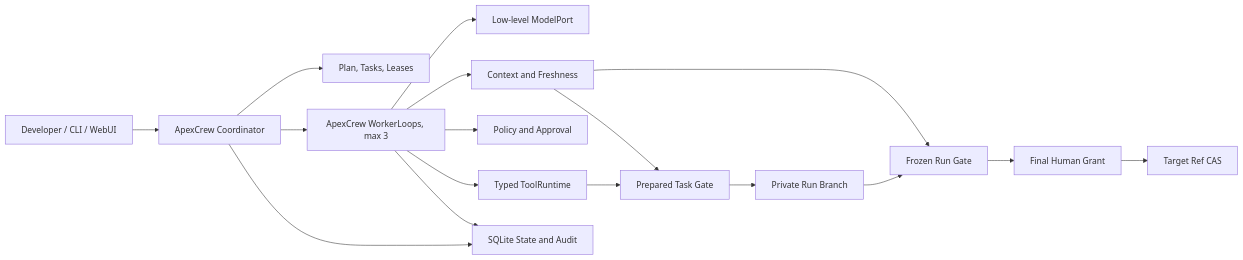
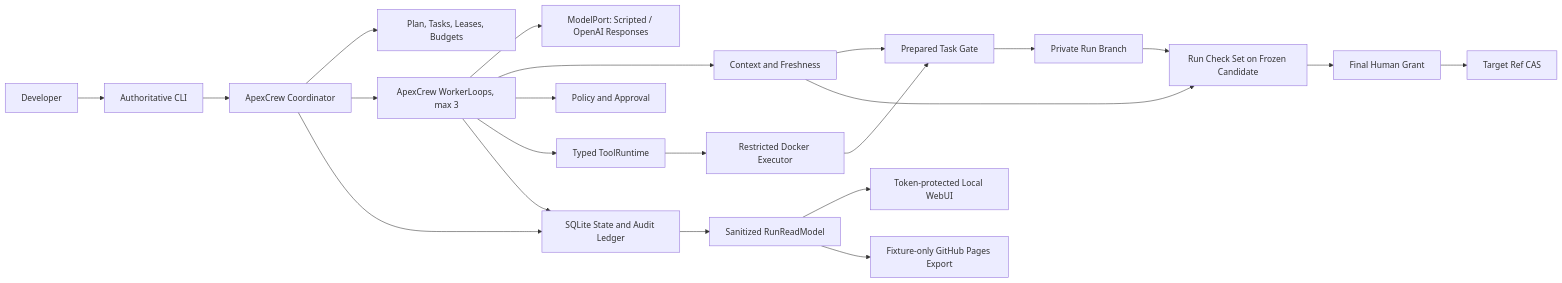
One commit to Ztscream/ApexCrew changed the diagram in SPEC.md. Above: the diagram before and after it, drawn with Mermaid. The commit also changed other lines of this file and 12 other files, not shown here.

````diff
--- a/SPEC.md
+++ b/SPEC.md
@@ -48,19 +49,24 @@
 ```mermaid
 flowchart LR
-    USER["Developer / CLI / WebUI"] --> COORD["ApexCrew Coordinator"]
-    COORD --> BOARD["Plan, Tasks, Leases"]
+    USER["Developer"] --> CLI["Authoritative CLI"]
+    CLI --> COORD["ApexCrew Coordinator"]
+    COORD --> BOARD["Plan, Tasks, Leases, Budgets"]
     COORD --> WORKERS["ApexCrew WorkerLoops, max 3"]
-    WORKERS --> MODEL["Low-level ModelPort"]
+    WORKERS --> MODEL["ModelPort: Scripted / OpenAI Responses"]
     WORKERS --> CONTEXT["Context and Freshness"]
     WORKERS --> POLICY["Policy and Approval"]
     WORKERS --> TOOLS["Typed ToolRuntime"]
-    TOOLS --> TASKGATE["Prepared Task Gate"]
+    TOOLS --> EXEC["Restricted Docker Executor"]
+    EXEC --> TASKGATE["Prepared Task Gate"]
     CONTEXT --> TASKGATE
     TASKGATE --> RUNREF["Private Run Branch"]
-    RUNREF --> RUNGATE["Frozen Run Gate"]
+    RUNREF --> RUNGATE["Run Check Set on Frozen Candidate"]
     CONTEXT --> RUNGATE
     RUNGATE --> HUMAN["Final Human Grant"]
     HUMAN --> TARGET["Target Ref CAS"]
-    COORD --> STORE["SQLite State and Audit"]
+    COORD --> STORE["SQLite State and Audit Ledger"]
     WORKERS --> STORE
+    STORE --> READ["Sanitized RunReadModel"]
+    READ --> LOCAL["Token-protected Local WebUI"]
+    READ --> STATIC["Fixture-only GitHub Pages Export"]
 ```
````
